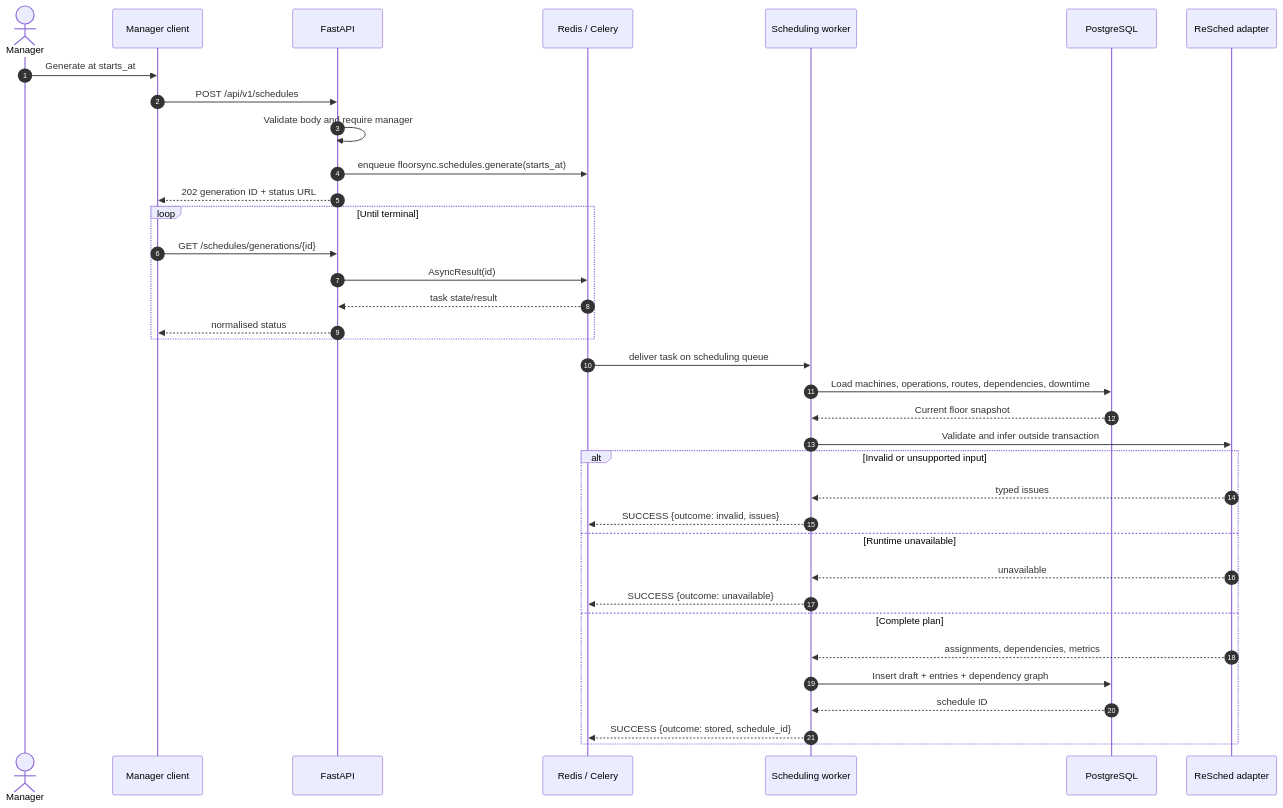
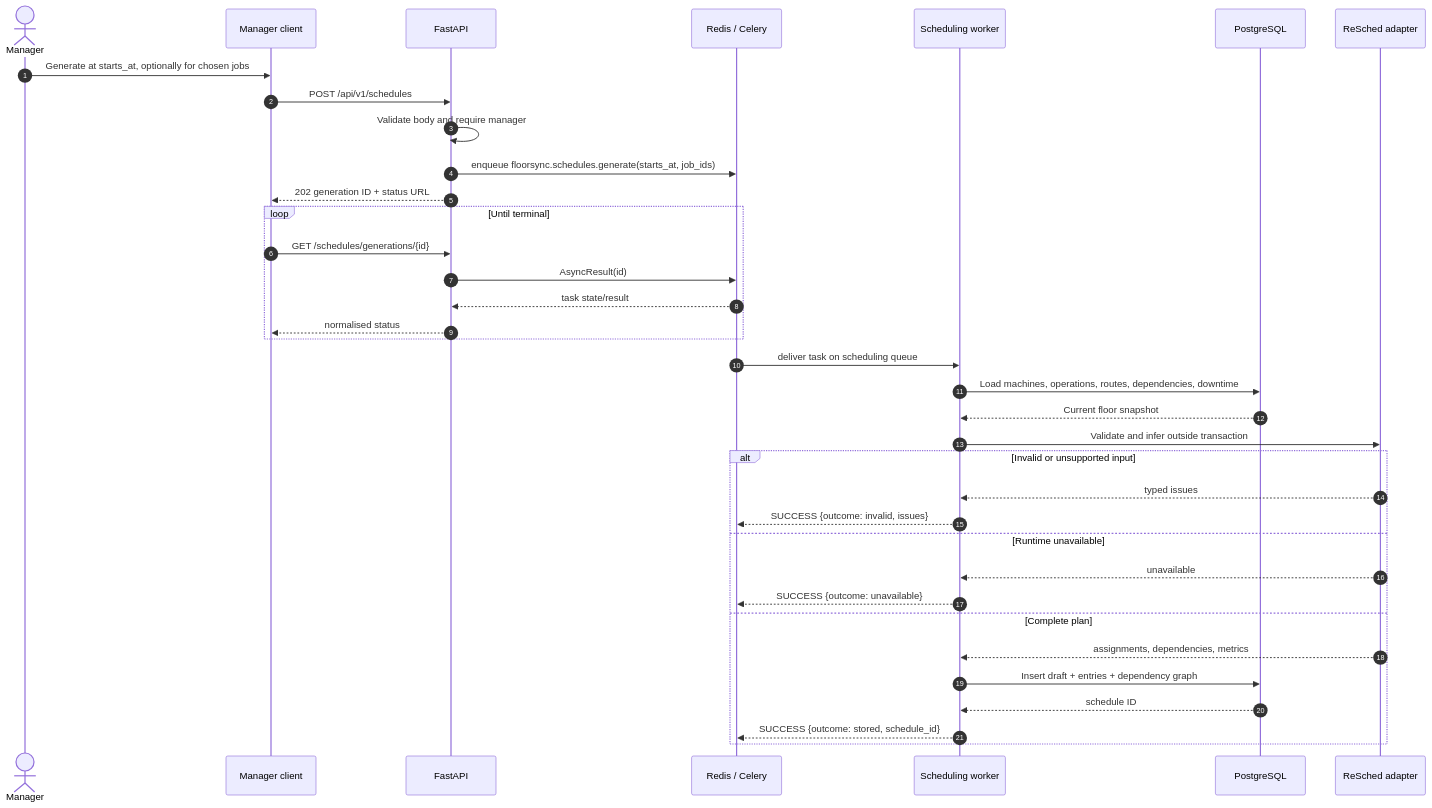
One commit to rileyrushton05/floorsync changed the second of 4 diagrams in docs/scheduling-simulation-backend.md. Above: the diagram before and after it, drawn with Mermaid. The commit also changed other lines of this file and 15 other files, not shown here.

Commit message:
feat(api): scope schedule generation to a chosen set of jobs

````diff
--- a/docs/scheduling-simulation-backend.md
+++ b/docs/scheduling-simulation-backend.md
@@ -99,39 +100,39 @@
 ```mermaid
 sequenceDiagram
     autonumber
     actor Manager
     participant UI as Manager client
     participant API as FastAPI
     participant Redis as Redis / Celery
     participant Worker as Scheduling worker
     participant DB as PostgreSQL
     participant Engine as ReSched adapter
 
-    Manager->>UI: Generate at starts_at
+    Manager->>UI: Generate at starts_at, optionally for chosen jobs
     UI->>API: POST /api/v1/schedules
     API->>API: Validate body and require manager
-    API->>Redis: enqueue floorsync.schedules.generate(starts_at)
+    API->>Redis: enqueue floorsync.schedules.generate(starts_at, job_ids)
     API-->>UI: 202 generation ID + status URL
     loop Until terminal
         UI->>API: GET /schedules/generations/{id}
         API->>Redis: AsyncResult(id)
         Redis-->>API: task state/result
         API-->>UI: normalised status
     end
     Redis->>Worker: deliver task on scheduling queue
     Worker->>DB: Load machines, operations, routes, dependencies, downtime
     DB-->>Worker: Current floor snapshot
     Worker->>Engine: Validate and infer outside transaction
     alt Invalid or unsupported input
         Engine-->>Worker: typed issues
         Worker-->>Redis: SUCCESS {outcome: invalid, issues}
     else Runtime unavailable
         Engine-->>Worker: unavailable
         Worker-->>Redis: SUCCESS {outcome: unavailable}
     else Complete plan
         Engine-->>Worker: assignments, dependencies, metrics
         Worker->>DB: Insert draft + entries + dependency graph
         DB-->>Worker: schedule ID
         Worker-->>Redis: SUCCESS {outcome: stored, schedule_id}
     end
 ```
````
